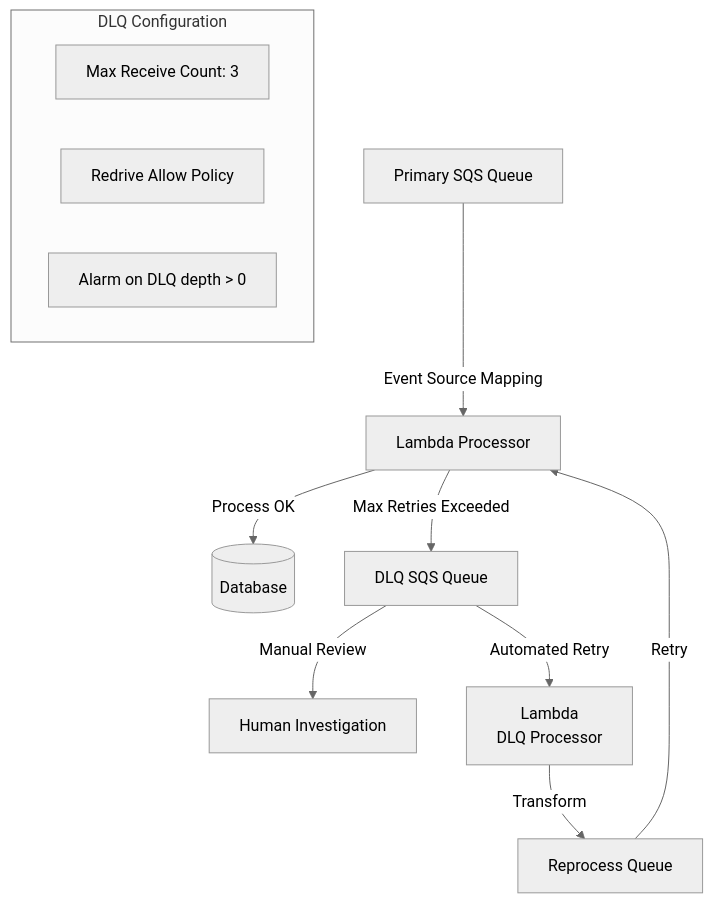
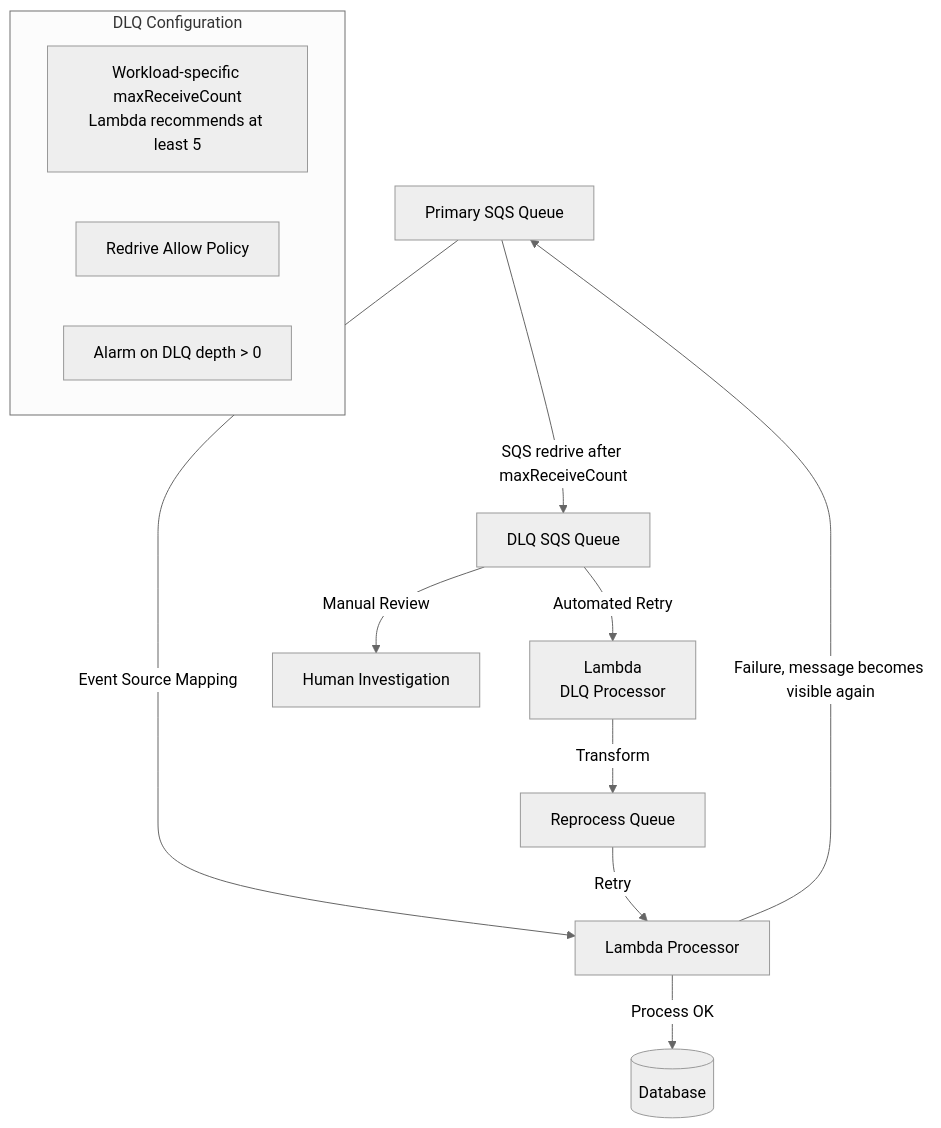
The seventh of 7 diagrams in Design/01-event-driven-patterns.md (AlexanderBesss/AWS_best_praactices), drawn with Mermaid (neutral theme) before and after one commit. The commit also changed other lines of this file and 31 other files, not shown here.

````diff
--- a/Design/01-event-driven-patterns.md
+++ b/Design/01-event-driven-patterns.md
@@ -378,16 +370,17 @@
 ```mermaid
 graph TB
     A[Primary SQS Queue] -->|Event Source Mapping| B[Lambda Processor]
     B -->|Process OK| C[(Database)]
-    B -->|Max Retries Exceeded| D[DLQ SQS Queue]
+    B -->|Failure, message becomes visible again| A
+    A -->|SQS redrive after maxReceiveCount| D[DLQ SQS Queue]
     D -->|Manual Review| E[Human Investigation]
     D -->|Automated Retry| F[Lambda<br/>DLQ Processor]
     F -->|Transform| G[Reprocess Queue]
     G -->|Retry| B
     
     subgraph "DLQ Configuration"
-        H[Max Receive Count: 3]
+        H[Workload-specific maxReceiveCount<br/>Lambda recommends at least 5]
         I[Redrive Allow Policy]
         J[Alarm on DLQ depth > 0]
     end
 ```
````
